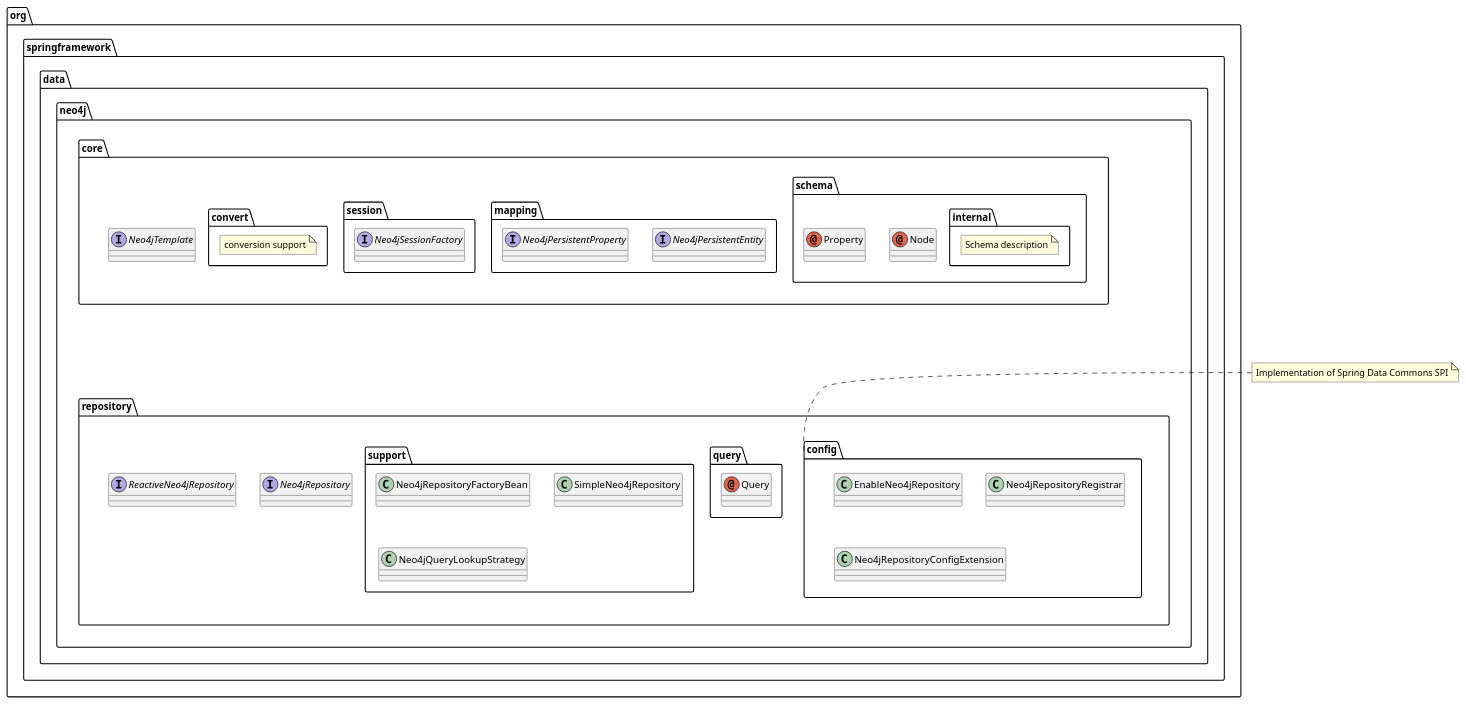
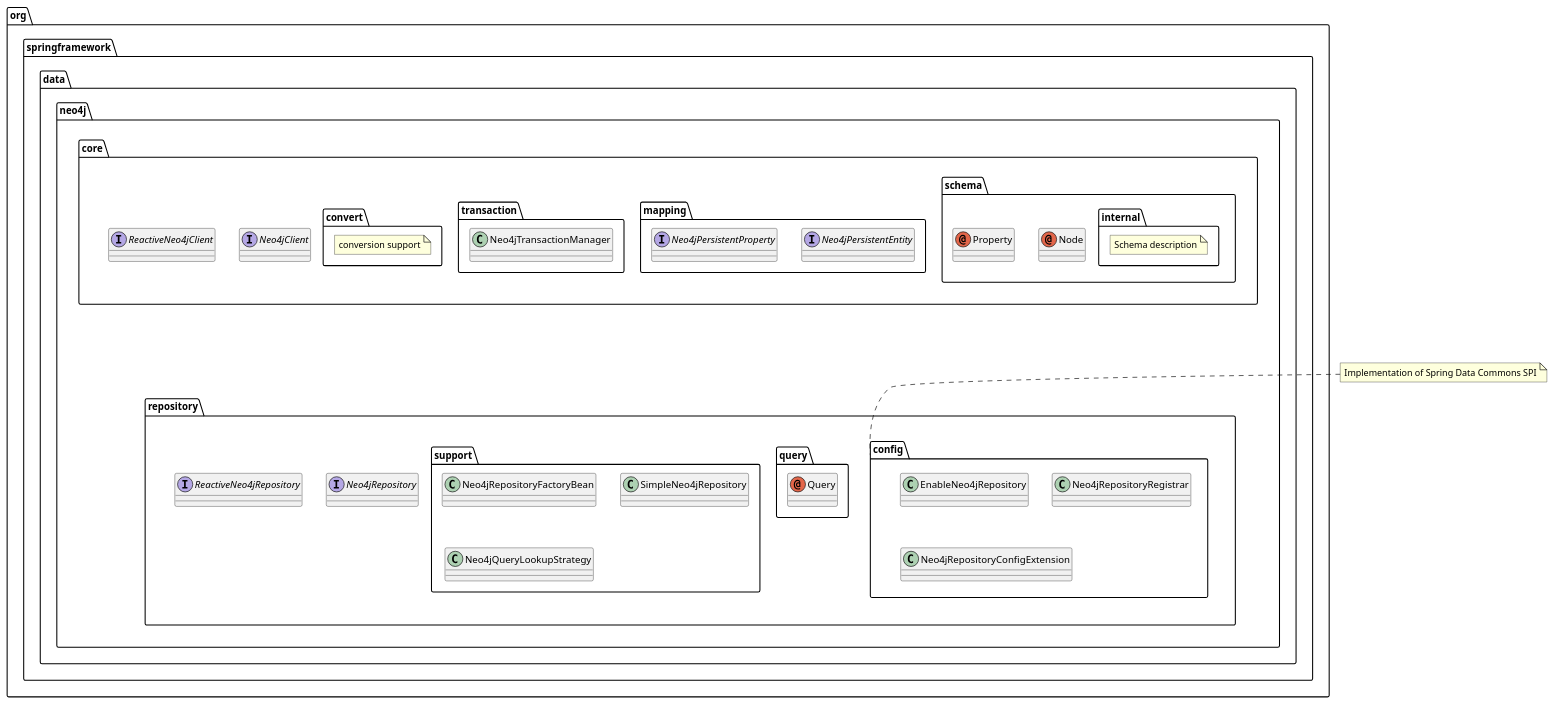
One commit to spring-projects/spring-data-neo4j changed the diagram in README.adoc. Above: the diagram before and after it, drawn with PlantUML. The commit also changed other lines of this file and 41 other files, not shown here.

```diff
--- a/README.adoc
+++ b/README.adoc
@@ -179,50 +172,51 @@
 [plantuml, width=1200]
 ----
 @startuml
 note "Implementation of Spring Data Commons SPI" as SDC_note
 package "org.springframework.data.neo4j" {
 package "core" {
-    interface Neo4jTemplate
+    interface Neo4jClient
+    interface ReactiveNeo4jClient
     package "schema" {
             package "internal" {
                 note "Schema description" as schemaDescription
             }
             annotation Node
             annotation Property
         }
     package "mapping" {
             interface Neo4jPersistentEntity
             interface Neo4jPersistentProperty
         }
-    package "session" {
-        interface Neo4jSessionFactory
+    package "transaction" {
+        class Neo4jTransactionManager
     }
     package "convert" {
         note "conversion support" as conversionNote
     }
 }
 
 package "repository" {
 SDC_note..config
     package "config" {
         class EnableNeo4jRepository
         class Neo4jRepositoryRegistrar
         class Neo4jRepositoryConfigExtension
     }
     package "query" {
         annotation Query
     }
     package "support" {
         class Neo4jRepositoryFactoryBean
         class SimpleNeo4jRepository
         class Neo4jQueryLookupStrategy
     }
     interface Neo4jRepository
     interface ReactiveNeo4jRepository
 }
 
 core-[hidden]--->repository
 }
 
 @enduml
 ----
```
